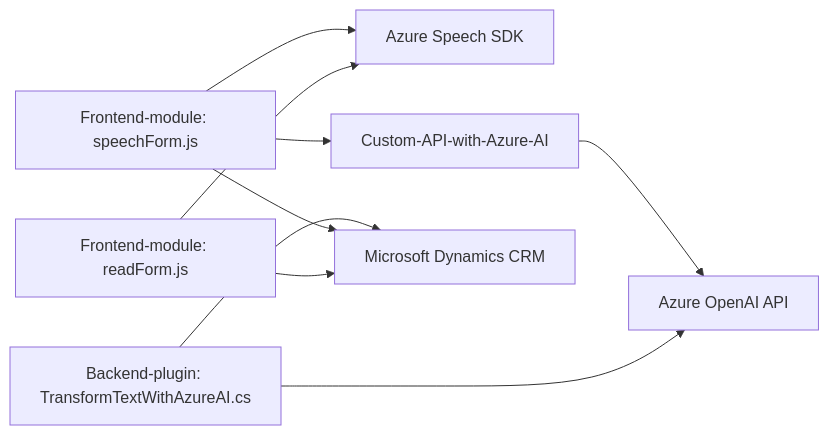
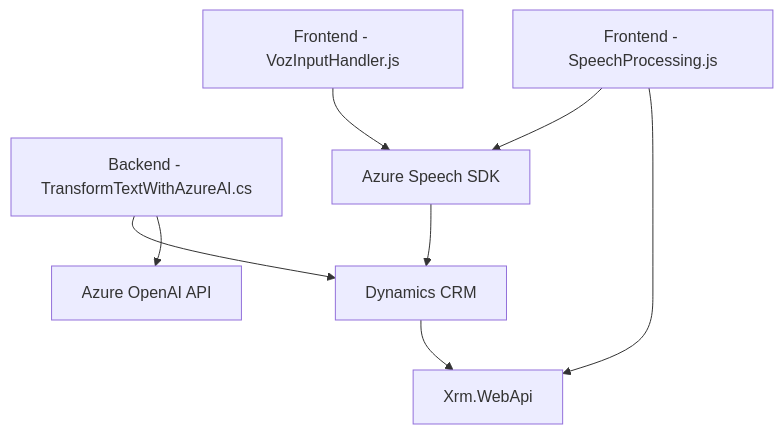
Before and after one commit to blopezdm/NETCORE_BILBAO2025: the diagram in README.md, drawn with Mermaid. The commit also changed other lines of this file, not shown here.

````diff
--- a/README.md
+++ b/README.md
@@ -53,19 +61,18 @@
 ```mermaid
-graph LR
-  A1["Frontend-module: readForm.js"]
-  A2["Frontend-module: speechForm.js"]
-  A3["Backend-plugin: TransformTextWithAzureAI.cs"]
-  A4["Azure Speech SDK"]
-  A5["Azure OpenAI API"]
-  A6["Custom-API-with-Azure-AI"]
-  A7["Microsoft Dynamics CRM"]
+graph TD
+    A["Frontend - VozInputHandler.js"]
+    B["Frontend - SpeechProcessing.js"]
+    C["Backend - TransformTextWithAzureAI.cs"]
+    D["Azure Speech SDK"]
+    E["Azure OpenAI API"]
+    F["Dynamics CRM"]
+    G["Xrm.WebApi"]
 
-  A1 --> A4
-  A1 --> A7
-  A2 --> A4
-  A2 --> A6
-  A2 --> A7
-  A3 --> A5
-  A3 --> A7
-  A6 --> A5
+    A --> D
+    B --> D
+    B --> G
+    C --> F
+    C --> E
+    F --> G
+    D --> F
 ```
````
